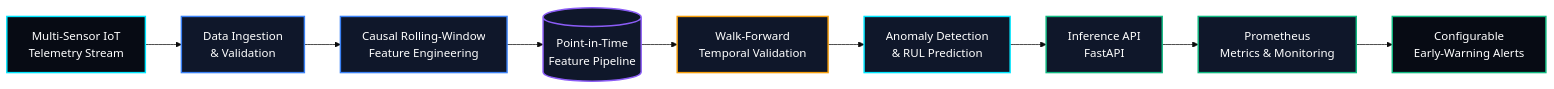
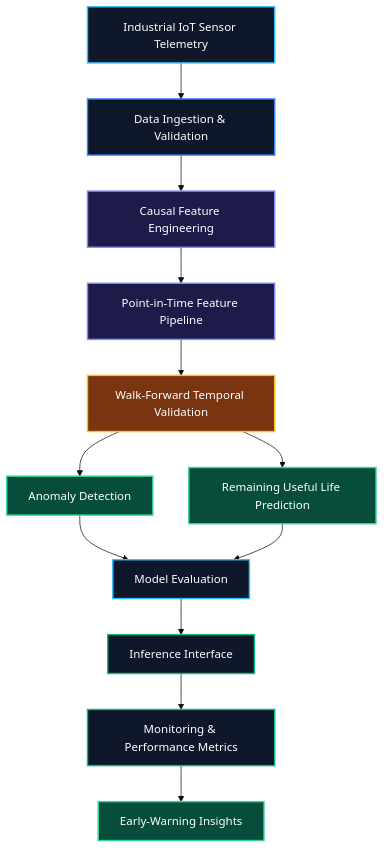
The diagram in README.md (Aditya70-creator/PredictiveOps), drawn with Mermaid (base theme) before and after one commit. The commit also changed other lines of this file, not shown here.

````diff
--- a/README.md
+++ b/README.md
@@ -45,31 +73,26 @@
 ```mermaid
-flowchart LR
-    Sensor["Multi-Sensor IoT<br/>Telemetry Stream"]
-    Ingest["Data Ingestion<br/>& Validation"]
-    Features["Causal Rolling-Window<br/>Feature Engineering"]
-    Store[("Point-in-Time<br/>Feature Pipeline")]
-    Validation["Walk-Forward<br/>Temporal Validation"]
-    Models["Anomaly Detection<br/>& RUL Prediction"]
-    API["Inference API<br/>FastAPI"]
-    Monitor["Prometheus<br/>Metrics & Monitoring"]
-    Alerts["Configurable<br/>Early-Warning Alerts"]
+flowchart TD
+    A["Industrial IoT Sensor Telemetry"] --> B["Data Ingestion & Validation"]
+    B --> C["Causal Feature Engineering"]
+    C --> D["Point-in-Time Feature Pipeline"]
+    D --> E["Walk-Forward Temporal Validation"]
+    E --> F["Anomaly Detection"]
+    E --> G["Remaining Useful Life Prediction"]
+    F --> H["Model Evaluation"]
+    G --> H
+    H --> I["Inference Interface"]
+    I --> J["Monitoring & Performance Metrics"]
+    J --> K["Early-Warning Insights"]
 
-    Sensor --> Ingest
-    Ingest --> Features
-    Features --> Store
-    Store --> Validation
-    Validation --> Models
-    Models --> API
-    API --> Monitor
-    Monitor --> Alerts
-
-    style Sensor fill:#070b14,stroke:#00E7FF,stroke-width:2px,color:#ffffff
-    style Ingest fill:#0f172a,stroke:#3B82F6,stroke-width:2px,color:#ffffff
-    style Features fill:#0f172a,stroke:#3B82F6,stroke-width:2px,color:#ffffff
-    style Store fill:#0f172a,stroke:#8B5CF6,stroke-width:2px,color:#ffffff
-    style Validation fill:#0f172a,stroke:#F59E0B,stroke-width:2px,color:#ffffff
-    style Models fill:#0f172a,stroke:#00E7FF,stroke-width:2px,color:#ffffff
-    style API fill:#0f172a,stroke:#10B981,stroke-width:2px,color:#ffffff
-    style Monitor fill:#0f172a,stroke:#10B981,stroke-width:2px,color:#ffffff
-    style Alerts fill:#070b14,stroke:#10B981,stroke-width:2px,color:#ffffff
+    style A fill:#0f172a,stroke:#38bdf8,stroke-width:2px,color:#ffffff
+    style B fill:#0f172a,stroke:#3b82f6,stroke-width:2px,color:#ffffff
+    style C fill:#1e1b4b,stroke:#818cf8,stroke-width:2px,color:#ffffff
+    style D fill:#1e1b4b,stroke:#818cf8,stroke-width:2px,color:#ffffff
+    style E fill:#78350f,stroke:#fbbf24,stroke-width:2px,color:#ffffff
+    style F fill:#064e3b,stroke:#34d399,stroke-width:2px,color:#ffffff
+    style G fill:#064e3b,stroke:#34d399,stroke-width:2px,color:#ffffff
+    style H fill:#0f172a,stroke:#38bdf8,stroke-width:2px,color:#ffffff
+    style I fill:#0f172a,stroke:#10b981,stroke-width:2px,color:#ffffff
+    style J fill:#0f172a,stroke:#10b981,stroke-width:2px,color:#ffffff
+    style K fill:#064e3b,stroke:#34d399,stroke-width:2px,color:#ffffff
 ```
````
